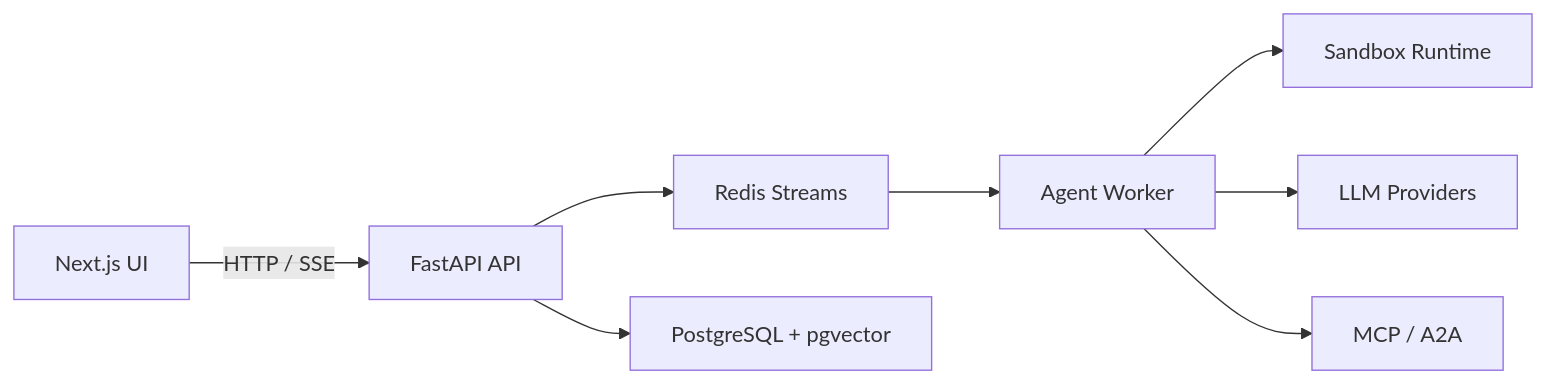
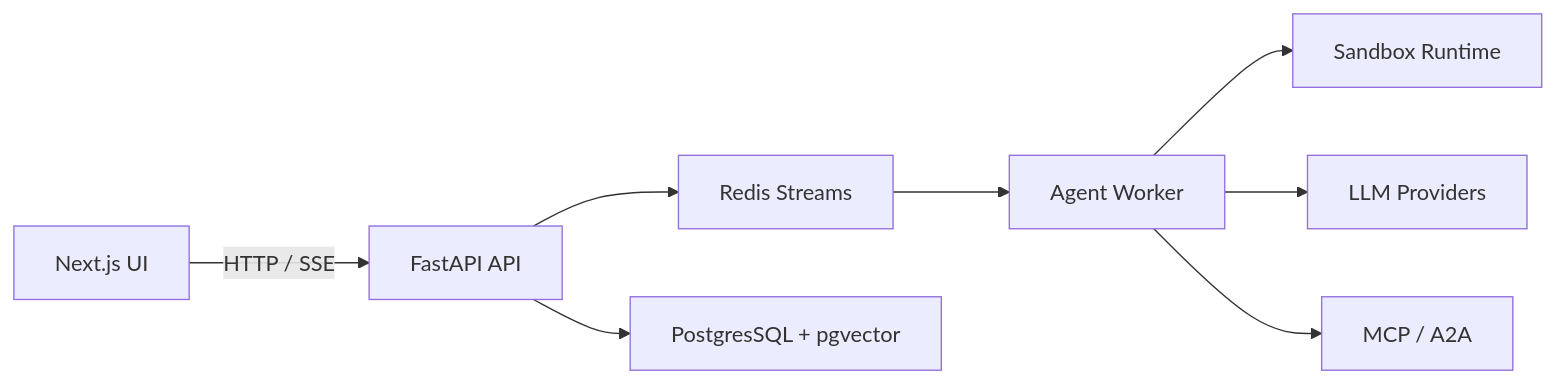
Before and after one commit to OceaLong/opencitadel: the diagram in README.md, drawn with Mermaid. The commit also changed other lines of this file and 3 other files, not shown here.

````diff
--- a/README.md
+++ b/README.md
@@ -62,10 +70,10 @@
 ```mermaid
 flowchart LR
   UI["Next.js UI"] -->|"HTTP / SSE"| API["FastAPI API"]
   API --> Redis["Redis Streams"]
-  API --> PG["PostgreSQL + pgvector"]
+  API --> PG["PostgresSQL + pgvector"]
   Redis --> Worker["Agent Worker"]
   Worker --> Sandbox["Sandbox Runtime"]
   Worker --> LLM["LLM Providers"]
   Worker --> MCP["MCP / A2A"]
 ```
````
